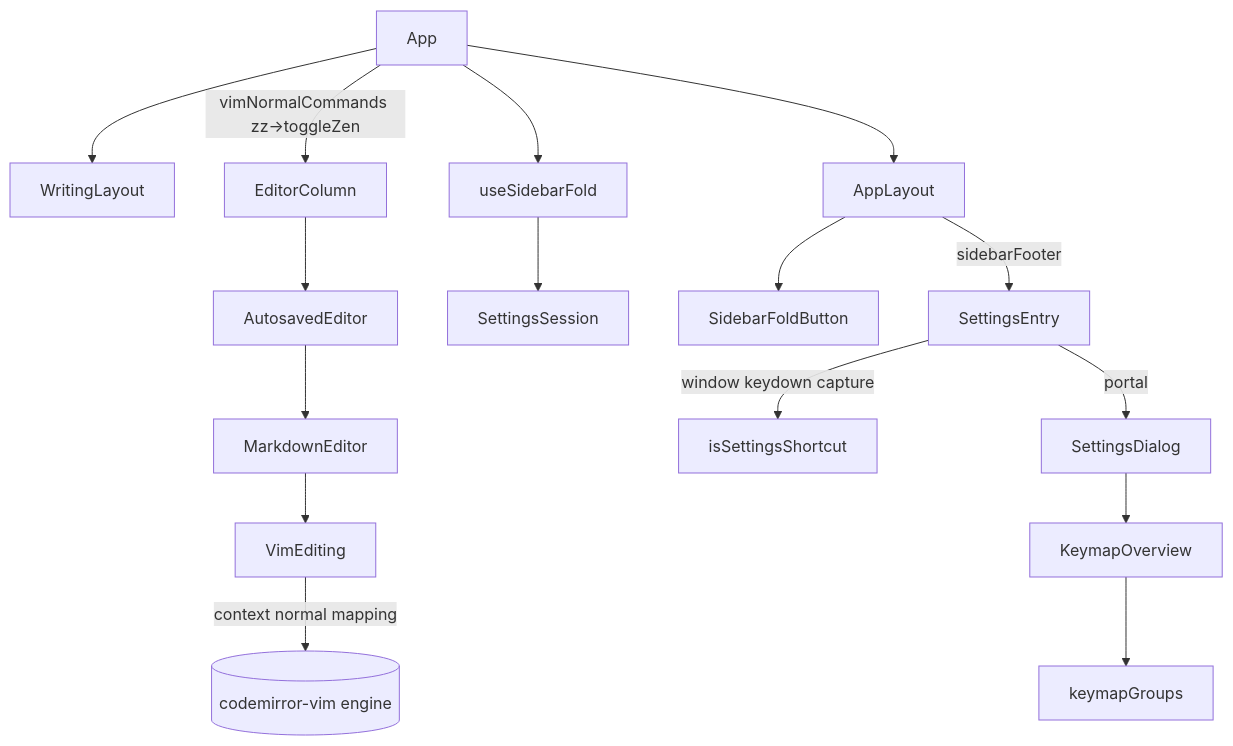
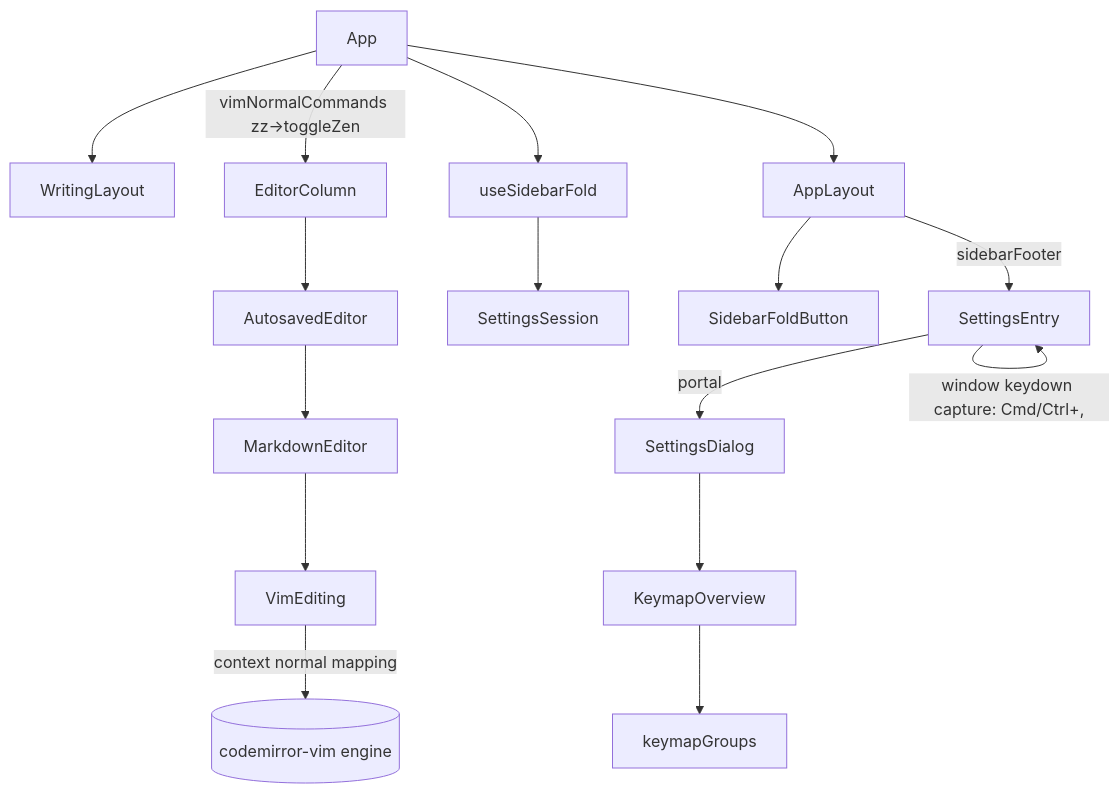
One commit to CodeMachine0121/Rustle changed the diagram in .sdd/2026-09-08-zen-key-sidebar-fold-and-settings-key/ARCH.md. Above: the diagram before and after it, drawn with Mermaid. The commit also changed other lines of this file and 1 other file, not shown here.

Commit message:
docs: record the zen key, sidebar fold and settings key seams

````diff
--- a/.sdd/2026-09-08-zen-key-sidebar-fold-and-settings-key/ARCH.md
+++ b/.sdd/2026-09-08-zen-key-sidebar-fold-and-settings-key/ARCH.md
@@ -67,12 +65,12 @@
 ```mermaid
 flowchart TD
     App --> WritingLayout
     App -->|vimNormalCommands zz→toggleZen| EditorColumn --> AutosavedEditor --> MarkdownEditor --> VimEditing
     VimEditing -->|context normal mapping| VimEngine[(codemirror-vim engine)]
     App --> useSidebarFold --> SettingsSession
     App --> AppLayout
     AppLayout --> SidebarFoldButton
     AppLayout -->|sidebarFooter| SettingsEntry
-    SettingsEntry -->|window keydown capture| isSettingsShortcut
+    SettingsEntry -->|window keydown capture: Cmd/Ctrl+,| SettingsEntry
     SettingsEntry -->|portal| SettingsDialog --> KeymapOverview --> keymapGroups
 ```
````
